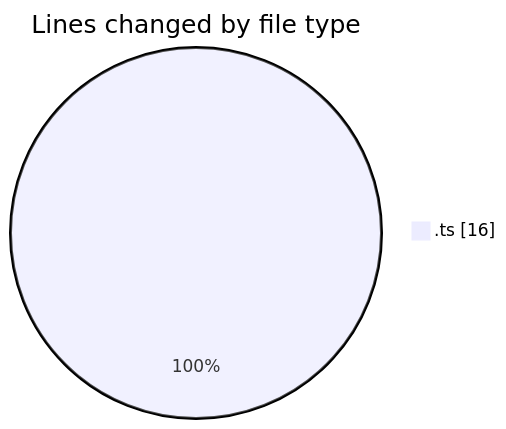
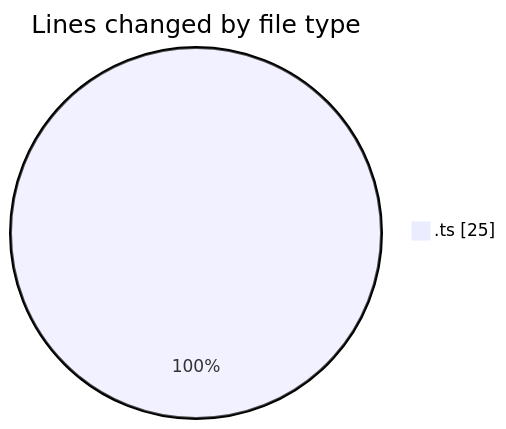
One commit to Ritupan-Deka/code-tracking changed the first of 2 diagrams in 2025-10-19/typescript/README.md. Above: the diagram before and after it, drawn with Mermaid. The commit also changed other lines of this file and 1 other file, not shown here.

````diff
--- a/2025-10-19/typescript/README.md
+++ b/2025-10-19/typescript/README.md
@@ -21,5 +21,5 @@
 ```mermaid
 pie showData
 title Lines changed by file type
-".ts" : 16
+".ts" : 25
 ```
````
